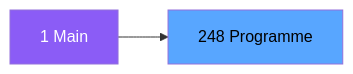
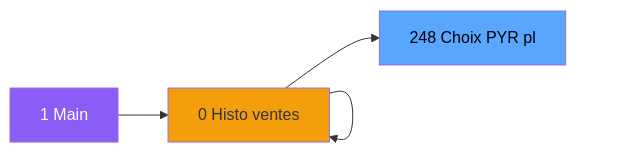
The second of 3 diagrams in .openspec/specs/ADH-IDE-248.md (thonyAGP/magic-migration), drawn with Mermaid before and after one commit. The commit also changed other lines of this file and 323 other files, not shown here.

````diff
--- a/.openspec/specs/ADH-IDE-248.md
+++ b/.openspec/specs/ADH-IDE-248.md
@@ -101,8 +126,23 @@
 ```mermaid
 graph LR
     M[1 Main]
-    T[248 Programme]
-    M --> T
+    N0[0 Transaction ]
+    N0[0 Histo ventes]
+    N0[0 Histo ventes]
+    N0[0 Histo ventes]
+    N0[0 Histo ventes]
+    T[248 Choix PYR pl]
+    M --> N0
+    N0 --> N0
+    N0 --> N0
+    N0 --> N0
+    N0 --> N0
+    N0 --> T
     style M fill:#8b5cf6,color:#fff
+    style N0 fill:#f59e0b
+    style N0 fill:#f59e0b
+    style N0 fill:#f59e0b
+    style N0 fill:#f59e0b
+    style N0 fill:#f59e0b
     style T fill:#58a6ff,color:#000
 ```
````
